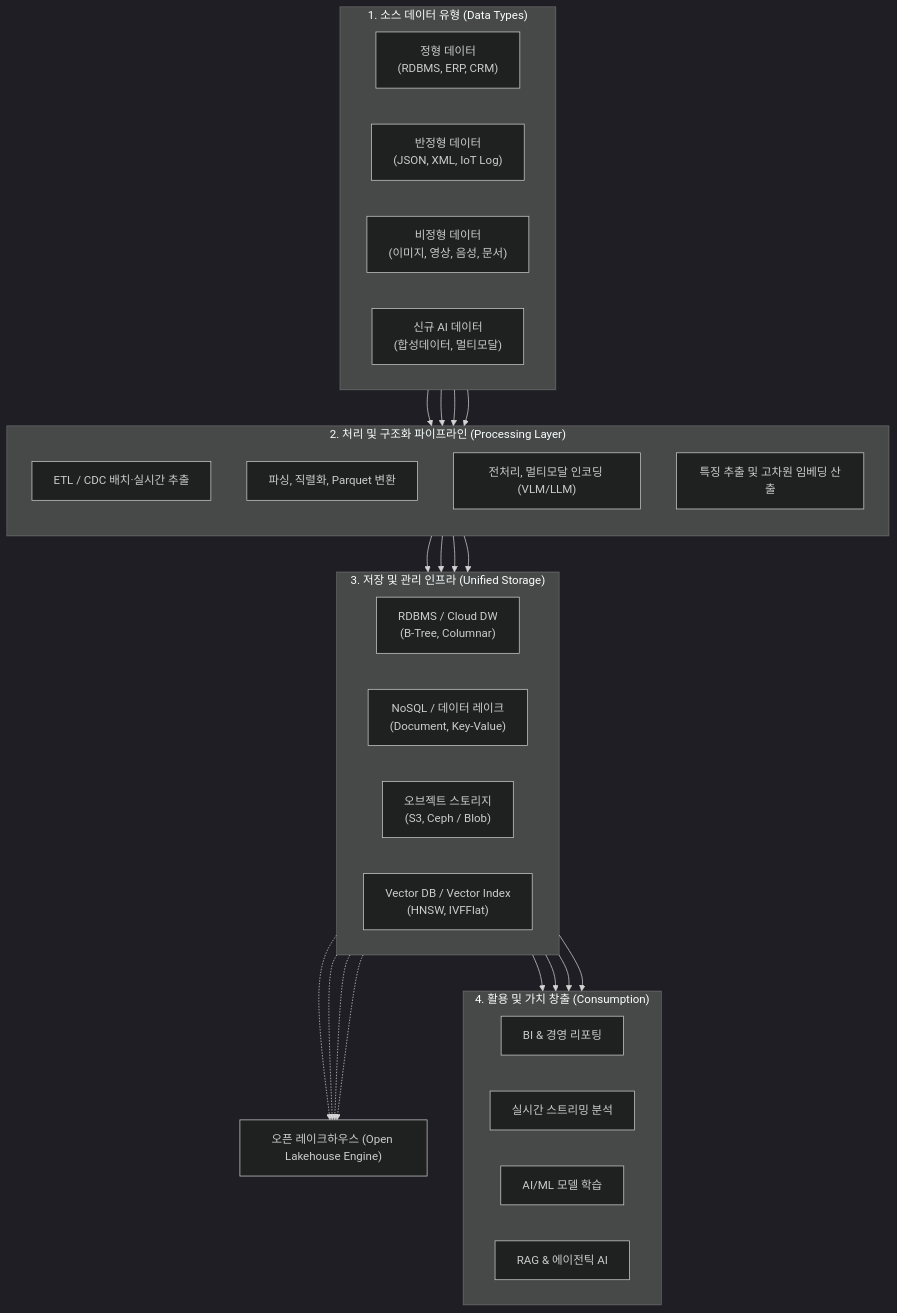
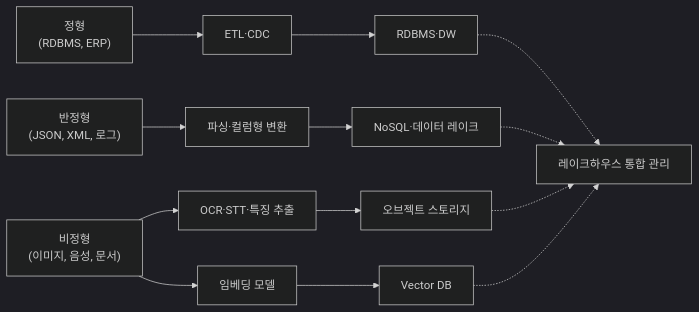
The diagram in content/01_IT Tech/데이터 유형.md (supremethumb/supremethumb.github.io), drawn with Mermaid (dark theme) before and after one commit. The commit also changed other lines of this file and 1087 other files, not shown here.

````diff
--- a/content/01_IT Tech/데이터 유형.md
+++ b/content/01_IT Tech/데이터 유형.md
@@ -30,41 +34,8 @@
 ```mermaid
-flowchart TB
-    subgraph Ingestion["1. 소스 데이터 유형 (Data Types)"]
-        direction LR
-        D1["정형 데이터<br/>(RDBMS, ERP, CRM)"]
-        D2["반정형 데이터<br/>(JSON, XML, IoT Log)"]
-        D3["비정형 데이터<br/>(이미지, 영상, 음성, 문서)"]
-        D4["신규 AI 데이터<br/>(합성데이터, 멀티모달)"]
-    end
-
-    subgraph Processing["2. 처리 및 구조화 파이프라인 (Processing Layer)"]
-        direction TB
-        P1["ETL / CDC 배치·실시간 추출"]
-        P2["파싱, 직렬화, Parquet 변환"]
-        P3["전처리, 멀티모달 인코딩 (VLM/LLM)"]
-        P4["특징 추출 및 고차원 임베딩 산출"]
-    end
-
-    subgraph Storage["3. 저장 및 관리 인프라 (Unified Storage)"]
-        direction LR
-        S1["RDBMS / Cloud DW<br/>(B-Tree, Columnar)"]
-        S2["NoSQL / 데이터 레이크<br/>(Document, Key-Value)"]
-        S3["오브젝트 스토리지<br/>(S3, Ceph / Blob)"]
-        S4["Vector DB / Vector Index<br/>(HNSW, IVFFlat)"]
-    end
-
-    subgraph Consumption["4. 활용 및 가치 창출 (Consumption)"]
-        direction LR
-        C1["BI & 경영 리포팅"]
-        C2["실시간 스트리밍 분석"]
-        C3["AI/ML 모델 학습"]
-        C4["RAG & 에이전틱 AI"]
-    end
-
-    D1 --> P1 --> S1 --> C1
-    D2 --> P2 --> S2 --> C2
-    D3 --> P3 --> S3 --> C3
-    D4 --> P4 --> S4 --> C4
-    S1 & S2 & S3 & S4 -.-> Lakehouse["오픈 레이크하우스 (Open Lakehouse Engine)"]
-
+flowchart LR
+    D1["정형<br/>(RDBMS, ERP)"] --> P1["ETL·CDC"] --> S1["RDBMS·DW"]
+    D2["반정형<br/>(JSON, XML, 로그)"] --> P2["파싱·컬럼형 변환"] --> S2["NoSQL·데이터 레이크"]
+    D3["비정형<br/>(이미지, 음성, 문서)"] --> P3["OCR·STT·특징 추출"] --> S3["오브젝트 스토리지"]
+    D3 --> P4["임베딩 모델"] --> S4["Vector DB"]
+    S1 & S2 & S3 & S4 -.-> L["레이크하우스 통합 관리"]
 ```
````
